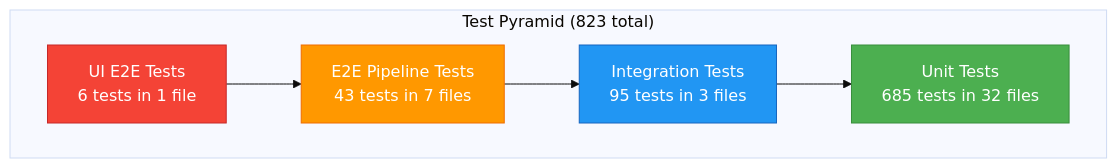
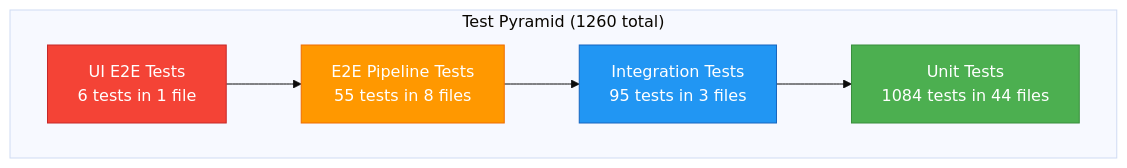
One commit to jedikim/web-agentic changed the diagram in docs/TESTING-GUIDE.md. Above: the diagram before and after it, drawn with Mermaid (base theme). The commit also changed other lines of this file and 5 other files, not shown here.

````diff
--- a/docs/TESTING-GUIDE.md
+++ b/docs/TESTING-GUIDE.md
@@ -25,18 +25,18 @@
 ```mermaid
 graph TD
-    subgraph pyramid["Test Pyramid (823 total)"]
+    subgraph pyramid["Test Pyramid (1260 total)"]
         UI["UI E2E Tests<br/>6 tests in 1 file"]
-        E2E["E2E Pipeline Tests<br/>43 tests in 7 files"]
+        E2E["E2E Pipeline Tests<br/>55 tests in 8 files"]
         INT["Integration Tests<br/>95 tests in 3 files"]
-        UNIT["Unit Tests<br/>685 tests in 32 files"]
+        UNIT["Unit Tests<br/>1084 tests in 44 files"]
     end
 
     UI --> E2E
     E2E --> INT
     INT --> UNIT
 
     style UNIT fill:#4CAF50,color:#fff,stroke:#388E3C
     style INT fill:#2196F3,color:#fff,stroke:#1565C0
     style E2E fill:#FF9800,color:#fff,stroke:#EF6C00
     style UI fill:#F44336,color:#fff,stroke:#C62828
 ```
````
